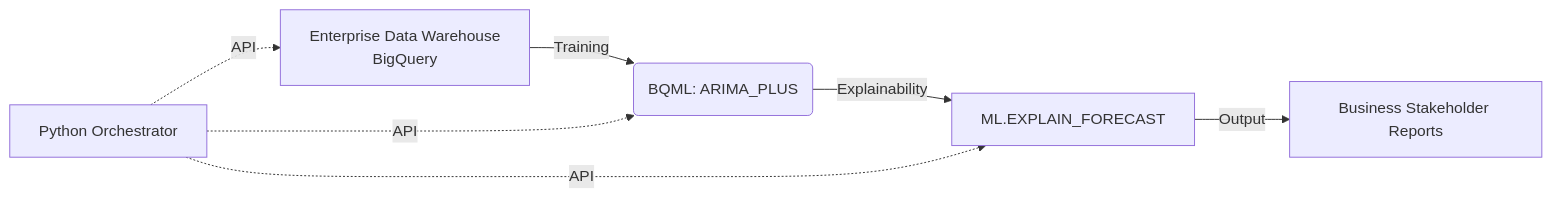
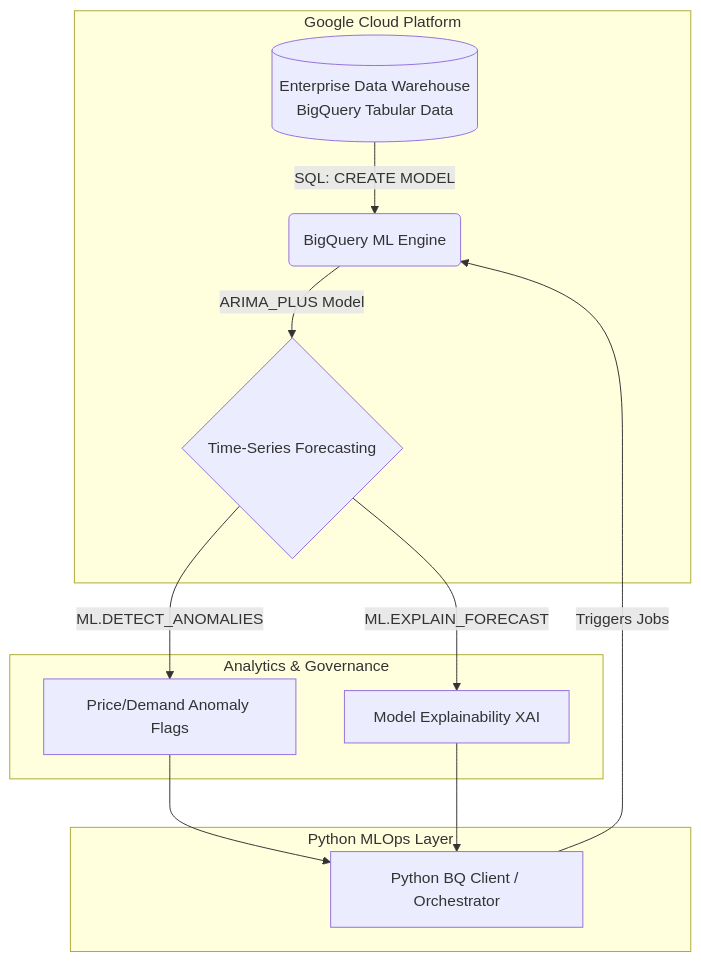
The diagram in AI-Systems-Architecture/forecasting-anomaly-engine/README.md (ferrosas2/helloworld), drawn with Mermaid before and after one commit.

Commit message:
Refactor architecture diagram in README to improve clarity and structure

````diff
--- a/AI-Systems-Architecture/forecasting-anomaly-engine/README.md
+++ b/AI-Systems-Architecture/forecasting-anomaly-engine/README.md
@@ -9,9 +9,18 @@
 ```mermaid
-graph LR
-    A[Enterprise Data Warehouse<br/>BigQuery] -->|Training| B(BQML: ARIMA_PLUS)
-    B -->|Explainability| C[ML.EXPLAIN_FORECAST]
-    D[Python Orchestrator] -.->|API| A
-    D -.->|API| B
-    D -.->|API| C
-    C -->|Output| E[Business Stakeholder Reports]
+graph TD
+    subgraph Google Cloud Platform
+        A[(Enterprise Data Warehouse\nBigQuery Tabular Data)] -->|SQL: CREATE MODEL| B(BigQuery ML Engine)
+        B -->|ARIMA_PLUS Model| C{Time-Series Forecasting}
+    end
+
+    subgraph Analytics & Governance
+        C -->|ML.DETECT_ANOMALIES| D[Price/Demand Anomaly Flags]
+        C -->|ML.EXPLAIN_FORECAST| E[Model Explainability XAI]
+    end
+
+    subgraph Python MLOps Layer
+        F[Python BQ Client / Orchestrator] -->|Triggers Jobs| B
+        D --> F
+        E --> F
+    end
 ```
````
